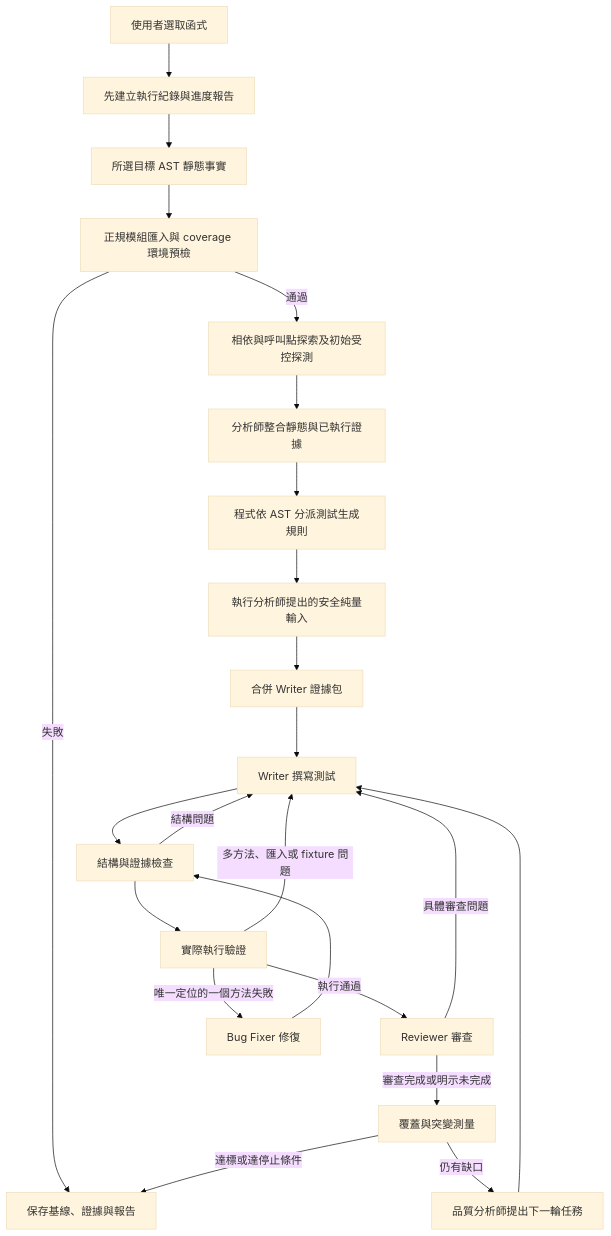
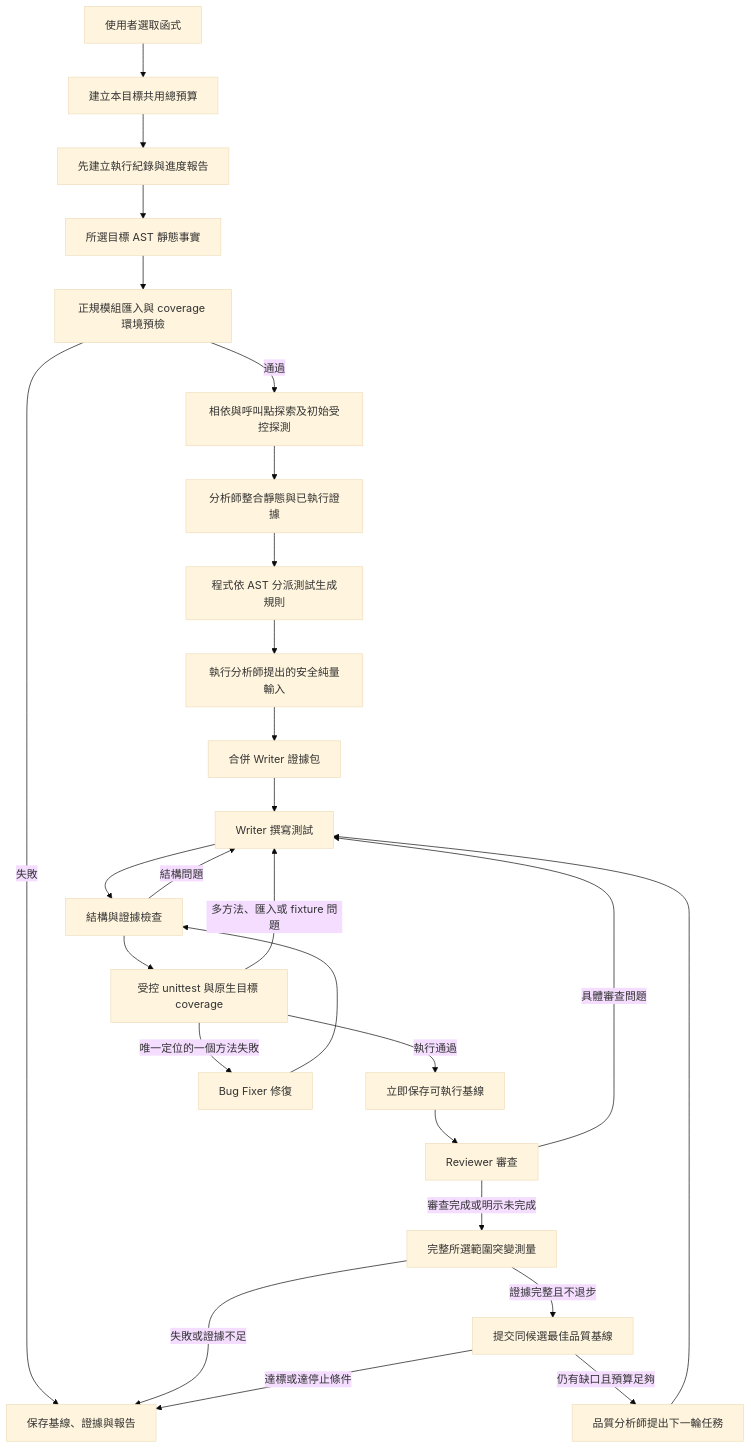
Before and after one commit to Lane921129/vscode_llm_unit_test: the diagram in ARCHITECTURE.md, drawn with Mermaid (base theme). The commit also changed other lines of this file and 64 other files, not shown here.

````diff
--- a/ARCHITECTURE.md
+++ b/ARCHITECTURE.md
@@ -15,25 +17,29 @@
 ```mermaid
 flowchart TD
-    UI[使用者選取函式] --> Journal[先建立執行紀錄與進度報告]
+    UI[使用者選取函式] --> Budget[建立本目標共用總預算]
+    Budget --> Journal[先建立執行紀錄與進度報告]
     Journal --> Static[所選目標 AST 靜態事實]
     Static --> Preflight[正規模組匯入與 coverage 環境預檢]
     Preflight -->|失敗| Report[保存基線、證據與報告]
     Preflight -->|通過| InitialProbe[相依與呼叫點探索及初始受控探測]
     InitialProbe --> Analyst[分析師整合靜態與已執行證據]
     Analyst --> Rules[程式依 AST 分派測試生成規則]
     Rules --> SupplementalProbe[執行分析師提出的安全純量輸入]
     SupplementalProbe --> Bundle[合併 Writer 證據包]
     Bundle --> Writer[Writer 撰寫測試]
     Writer --> Structure[結構與證據檢查]
-    Structure --> Validation[實際執行驗證]
-    Validation -->|執行通過| Reviewer[Reviewer 審查]
+    Structure --> Validation[受控 unittest 與原生目標 coverage]
+    Validation -->|執行通過| Checkpoint[立即保存可執行基線]
+    Checkpoint --> Reviewer[Reviewer 審查]
     Reviewer -->|具體審查問題| Writer
     Structure -->|結構問題| Writer
     Validation -->|唯一定位的一個方法失敗| Fixer[Bug Fixer 修復]
     Validation -->|多方法、匯入或 fixture 問題| Writer
     Fixer --> Structure
-    Reviewer -->|審查完成或明示未完成| Quality[覆蓋與突變測量]
-    Quality -->|仍有缺口| QualityAnalyst[品質分析師提出下一輪任務]
+    Reviewer -->|審查完成或明示未完成| Quality[完整所選範圍突變測量]
+    Quality -->|證據完整且不退步| QualityCheckpoint[提交同候選最佳品質基線]
+    Quality -->|失敗或證據不足| Report
+    QualityCheckpoint -->|仍有缺口且預算足夠| QualityAnalyst[品質分析師提出下一輪任務]
     QualityAnalyst --> Writer
-    Quality -->|達標或達停止條件| Report
+    QualityCheckpoint -->|達標或達停止條件| Report
 ```
````
